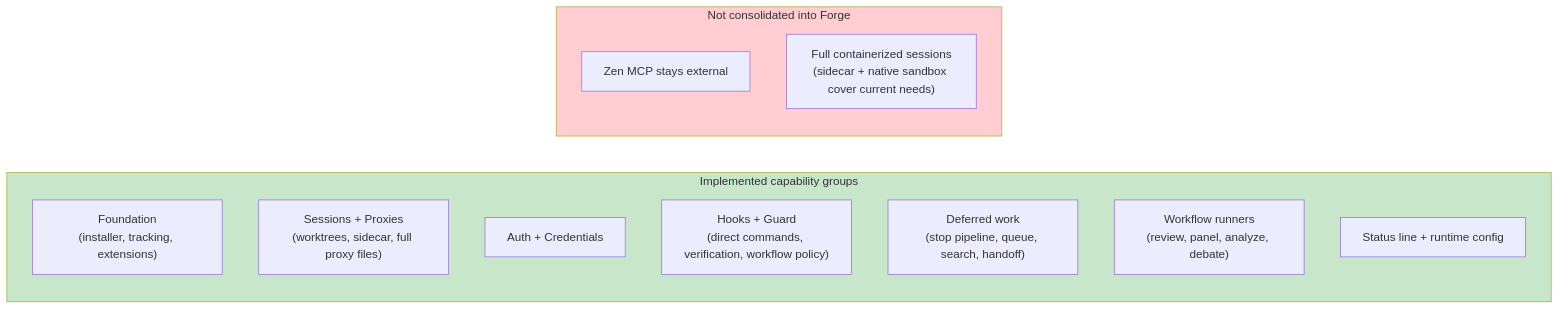
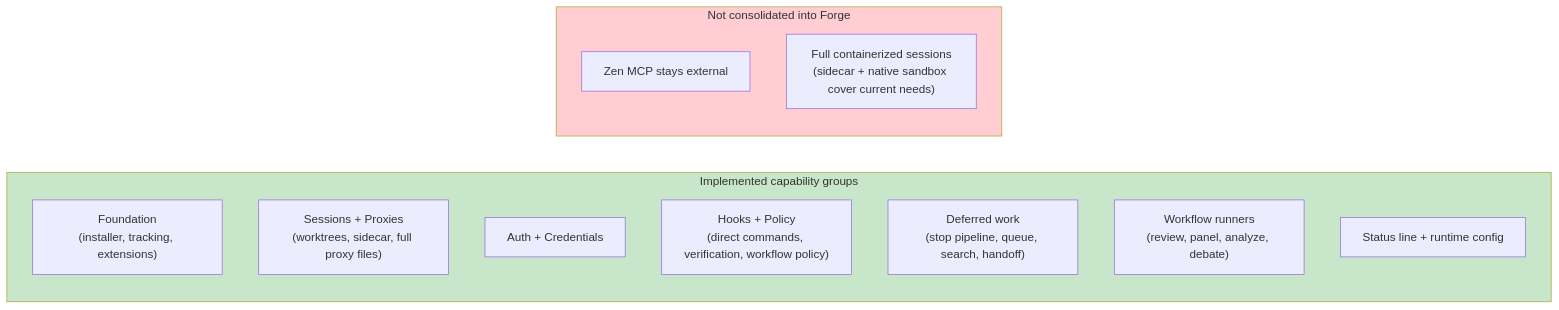
One commit to hapa1i/multi-forge changed the eighth of 10 diagrams in docs/diagrams.md. Above: the diagram before and after it, drawn with Mermaid. The commit also changed other lines of this file and 209 other files, not shown here.

````diff
--- a/docs/diagrams.md
+++ b/docs/diagrams.md
@@ -314,20 +314,20 @@
 ```mermaid
 flowchart LR
     subgraph Complete["Implemented capability groups"]
         P1["Foundation<br/>(installer, tracking, extensions)"]
         P2["Sessions + Proxies<br/>(worktrees, sidecar, full proxy files)"]
         P3["Auth + Credentials"]
-        P4["Hooks + Guard<br/>(direct commands, verification, workflow policy)"]
+        P4["Hooks + Policy<br/>(direct commands, verification, workflow policy)"]
         P5["Deferred work<br/>(stop pipeline, queue, search, handoff)"]
         P6["Workflow runners<br/>(review, panel, analyze, debate)"]
         P7["Status line + runtime config"]
     end
 
     subgraph Dropped["Not consolidated into Forge"]
         D1["Zen MCP stays external"]
         D2["Full containerized sessions<br/>(sidecar + native sandbox cover current needs)"]
     end
 
     style Complete fill:#c8e6c9
     style Dropped fill:#ffcdd2
 ```
````
